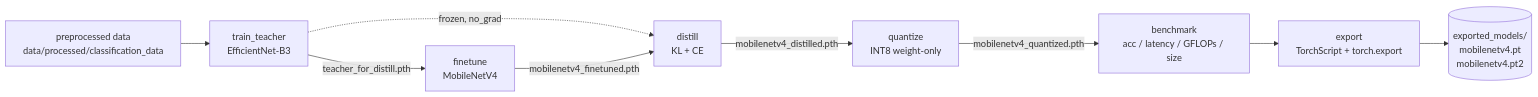
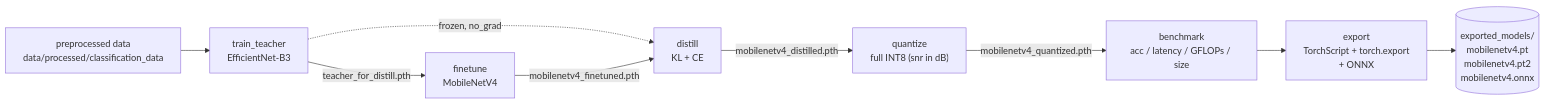
The first of 2 diagrams in classification/PIPELINE.md (Phicks-debug/M8F_IntelligentEmbeddedSystem_Project), drawn with Mermaid before and after one commit. The commit also changed other lines of this file and 4 other files, not shown here.

Commit message:
feat: enhance quantization process and add SNR evaluation for INT8 models

````diff
--- a/classification/PIPELINE.md
+++ b/classification/PIPELINE.md
@@ -5,19 +5,19 @@
 ```mermaid
 flowchart LR
     data["preprocessed data<br/>data/processed/classification_data"]
     teacher["train_teacher<br/>EfficientNet-B3"]
     ft["finetune<br/>MobileNetV4"]
     distill["distill<br/>KL + CE"]
-    quant["quantize<br/>INT8 weight-only"]
+    quant["quantize<br/>full INT8 (snr in dB)"]
     bench["benchmark<br/>acc / latency / GFLOPs / size"]
-    exp["export<br/>TorchScript + torch.export"]
+    exp["export<br/>TorchScript + torch.export<br/>+ ONNX"]
 
     data --> teacher
     teacher -->|teacher_for_distill.pth| ft
     teacher -.->|frozen, no_grad| distill
     ft -->|mobilenetv4_finetuned.pth| distill
     distill -->|mobilenetv4_distilled.pth| quant
     quant -->|mobilenetv4_quantized.pth| bench
     bench --> exp
-    exp --> artifacts[("exported_models/<br/>mobilenetv4.pt<br/>mobilenetv4.pt2")] 
+    exp --> artifacts[("exported_models/<br/>mobilenetv4.pt<br/>mobilenetv4.pt2<br/>mobilenetv4.onnx")]
 ```
````
